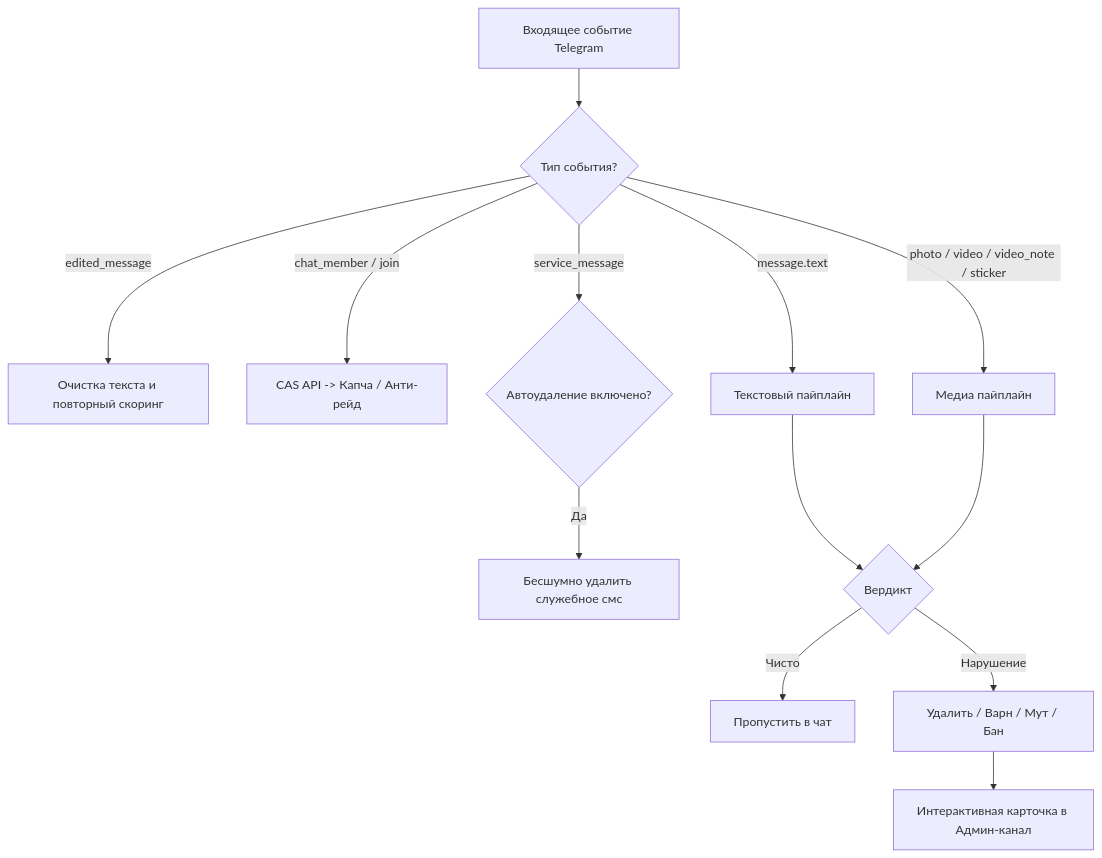
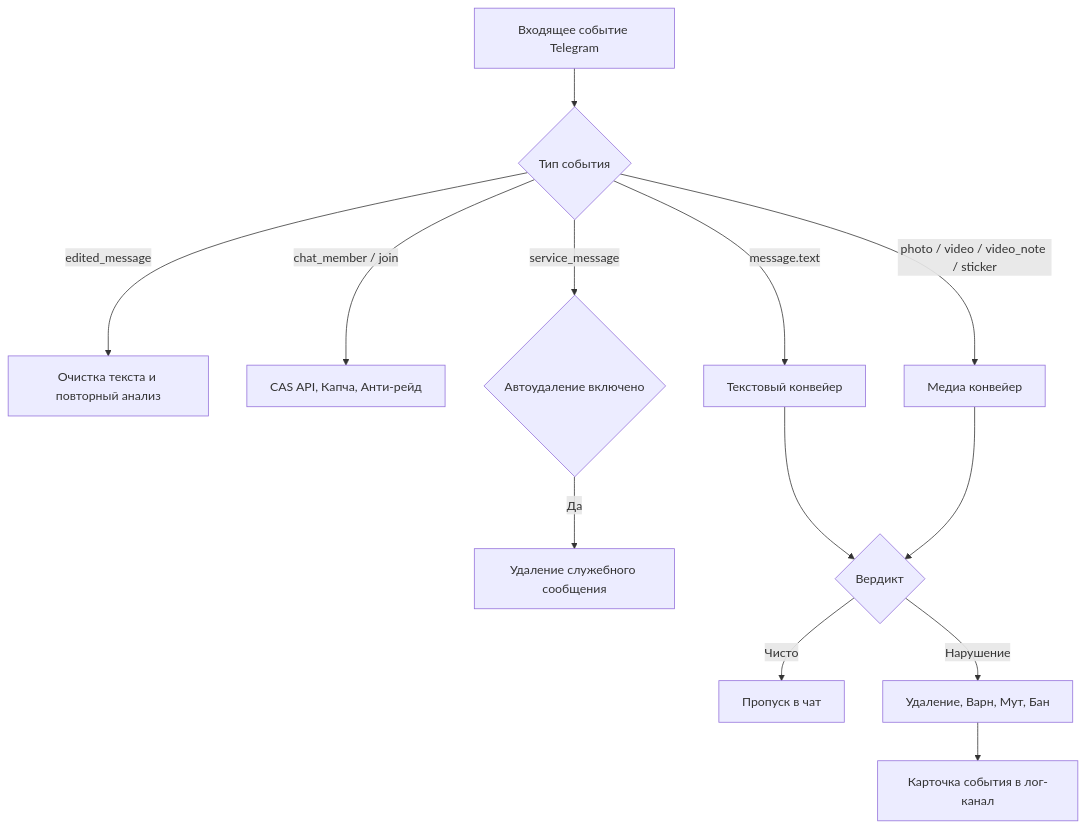
Before and after one commit to ivanchik-byte/TelegramWarden: the first of 2 diagrams in PROJECT_BLUEPRINT.md, drawn with Mermaid. The commit also changed other lines of this file, not shown here.

````diff
--- a/PROJECT_BLUEPRINT.md
+++ b/PROJECT_BLUEPRINT.md
@@ -42,19 +42,19 @@
 ```mermaid
 flowchart TD
-    M[Входящее событие Telegram] --> TYPE{Тип события?}
+    M[Входящее событие Telegram] --> TYPE{Тип события}
     
-    TYPE -- edited_message --> NORMALIZER[Очистка текста и повторный скоринг]
-    TYPE -- chat_member / join --> GATEKEEPER[CAS API -> Капча / Анти-рейд]
-    TYPE -- service_message --> CLEANER{Автоудаление включено?}
-    CLEANER -- Да --> DEL_SYS[Бесшумно удалить служебное смс]
+    TYPE -->|edited_message| NORMALIZER[Очистка текста и повторный анализ]
+    TYPE -->|chat_member / join| GATEKEEPER[CAS API, Капча, Анти-рейд]
+    TYPE -->|service_message| CLEANER{Автоудаление включено}
+    CLEANER -->|Да| DEL_SYS[Удаление служебного сообщения]
     
-    TYPE -- message.text --> TEXT_PIPE[Текстовый пайплайн]
-    TYPE -- photo / video / video_note / sticker --> MEDIA_PIPE[Медиа пайплайн]
+    TYPE -->|message.text| TEXT_PIPE[Текстовый конвейер]
+    TYPE -->|photo / video / video_note / sticker| MEDIA_PIPE[Медиа конвейер]
 
     TEXT_PIPE --> VERDICT{Вердикт}
     MEDIA_PIPE --> VERDICT
 
-    VERDICT -- Чисто --> PASS[Пропустить в чат]
-    VERDICT -- Нарушение --> ACTION[Удалить / Варн / Мут / Бан]
-    ACTION --> LOG[Интерактивная карточка в Админ-канал]
+    VERDICT -->|Чисто| PASS[Пропуск в чат]
+    VERDICT -->|Нарушение| ACTION[Удаление, Варн, Мут, Бан]
+    ACTION --> LOG[Карточка события в лог-канал]
 ```
````
